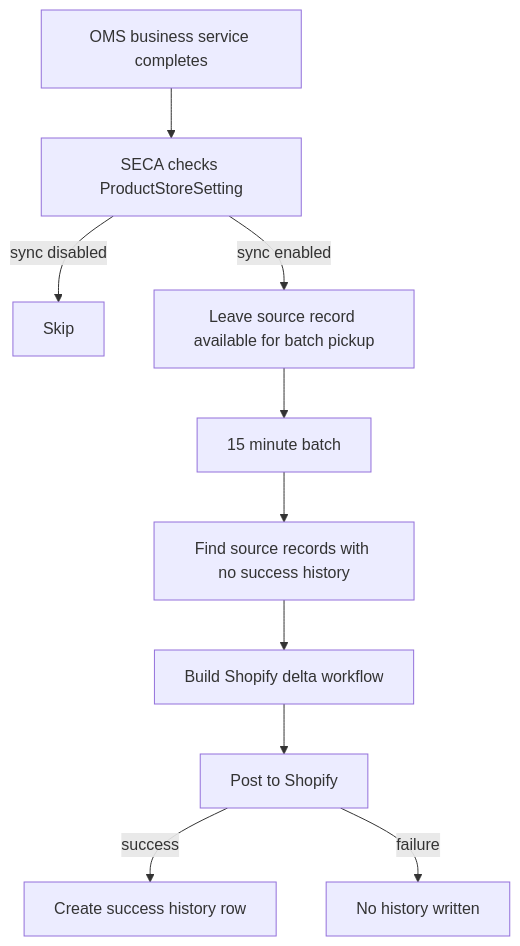
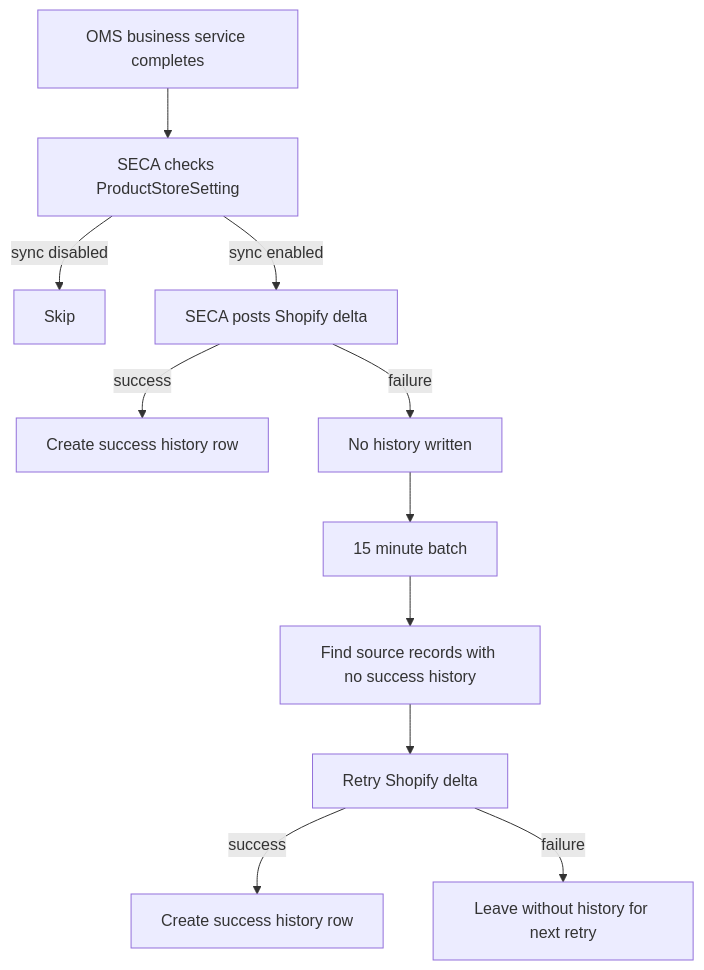
One commit to saastechacademy/foundation changed the first of 2 diagrams in project-ideas/shopify-integration/shopify-event-based-inventory-sync-triggers.md. Above: the diagram before and after it, drawn with Mermaid. The commit also changed other lines of this file, not shown here.

Commit message:
Clarify SECA as primary Shopify sync path

````diff
--- a/project-ideas/shopify-integration/shopify-event-based-inventory-sync-triggers.md
+++ b/project-ideas/shopify-integration/shopify-event-based-inventory-sync-triggers.md
@@ -89,12 +89,13 @@
 ```mermaid
 flowchart TD
     A[OMS business service completes] --> B[SECA checks ProductStoreSetting]
     B -->|sync disabled| C[Skip]
-    B -->|sync enabled| D[Leave source record available for batch pickup]
-    D --> E[15 minute batch]
-    E --> F[Find source records with no success history]
-    F --> G[Build Shopify delta workflow]
-    G --> H[Post to Shopify]
-    H -->|success| I[Create success history row]
-    H -->|failure| J[No history written]
+    B -->|sync enabled| D[SECA posts Shopify delta]
+    D -->|success| E[Create success history row]
+    D -->|failure| F[No history written]
+    F --> G[15 minute batch]
+    G --> H[Find source records with no success history]
+    H --> I[Retry Shopify delta]
+    I -->|success| J[Create success history row]
+    I -->|failure| K[Leave without history for next retry]
 ```
````
